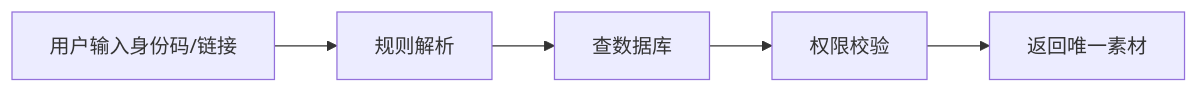
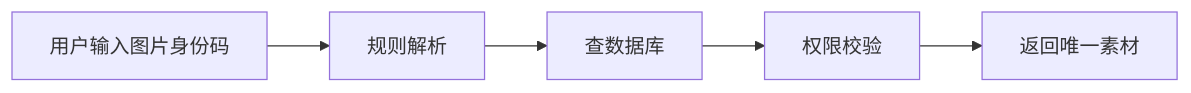
The fifth of 8 diagrams in docs/SELLING_POINT_KNOWLEDGE_REPLICATION_GUIDE.md (qqq54522/piancton), drawn with Mermaid before and after one commit. The commit also changed other lines of this file and 67 other files, not shown here.

````diff
--- a/docs/SELLING_POINT_KNOWLEDGE_REPLICATION_GUIDE.md
+++ b/docs/SELLING_POINT_KNOWLEDGE_REPLICATION_GUIDE.md
@@ -327,7 +324,7 @@
 ```mermaid
 flowchart LR
-    A[用户输入身份码/链接] --> B[规则解析]
+    A[用户输入图片身份码] --> B[规则解析]
     B --> C[查数据库]
     C --> D[权限校验]
     D --> E[返回唯一素材]
 ```
````
